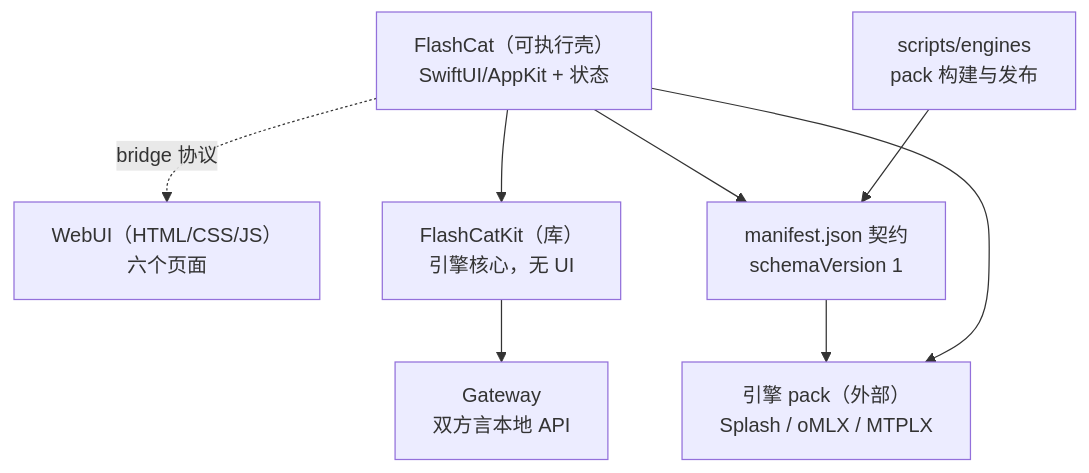
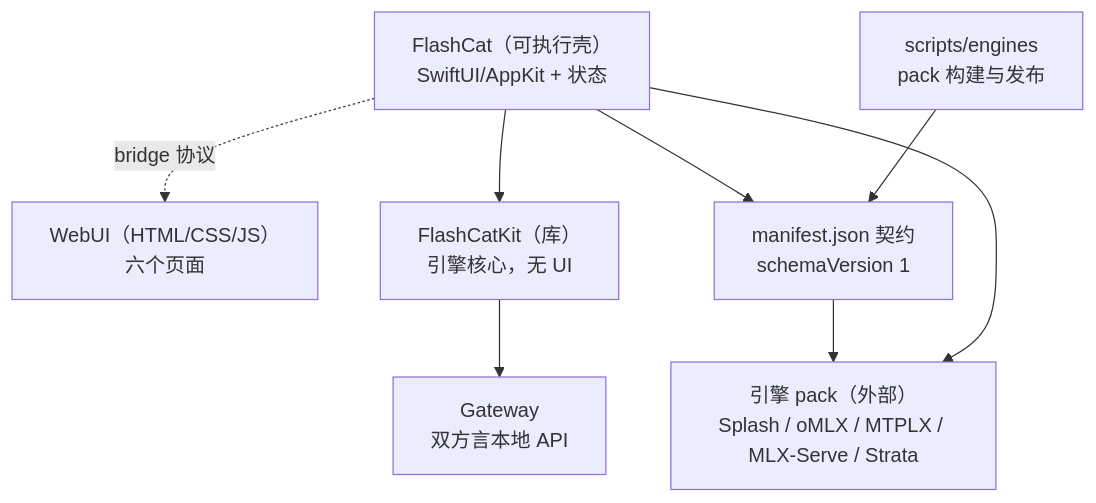
Before and after one commit to imi4u36d/flashCat: the diagram in architecture.md, drawn with Mermaid. The commit also changed other lines of this file and 106 other files, not shown here.

Commit message:
feat(engines): 接入 MLX-Serve 与 Strata 多引擎架构

````diff
--- a/architecture.md
+++ b/architecture.md
@@ -16,18 +16,18 @@
 ```mermaid
 graph TD
   App["FlashCat（可执行壳）<br/>SwiftUI/AppKit + 状态"]
   Web["WebUI（HTML/CSS/JS）<br/>六个页面"]
   Kit["FlashCatKit（库）<br/>引擎核心，无 UI"]
   GW["Gateway<br/>双方言本地 API"]
   Packs["scripts/engines<br/>pack 构建与发布"]
   Contract["manifest.json 契约<br/>schemaVersion 1"]
-  Engine["引擎 pack（外部）<br/>Splash / oMLX / MTPLX"]
+  Engine["引擎 pack（外部）<br/>Splash / oMLX / MTPLX / MLX-Serve / Strata"]
 
   App --> Kit
   Kit --> GW
   App -. bridge 协议 .-> Web
   App --> Contract
   Packs --> Contract
   Contract --> Engine
   App --> Engine
 ```
````
